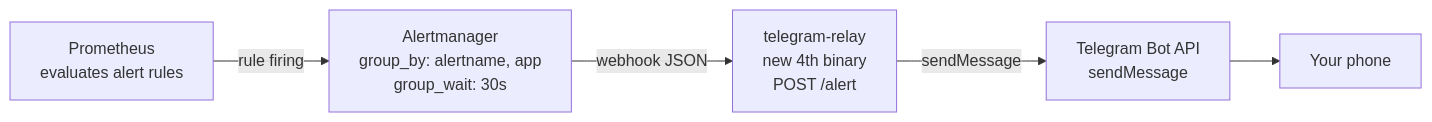
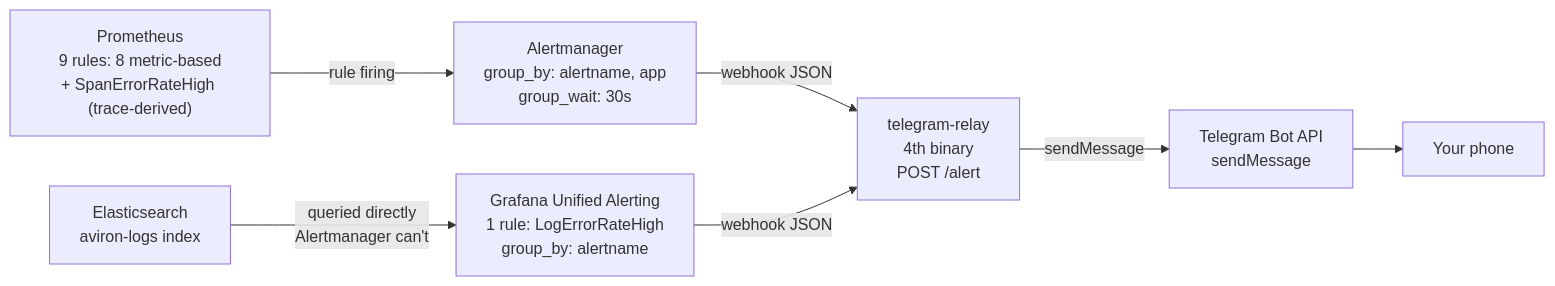
The eighth of 9 diagrams in docs/observation-architeture.md (akkien/aviron), drawn with Mermaid before and after one commit. The commit also changed other lines of this file and 4 other files, not shown here.

````diff
--- a/docs/observation-architeture.md
+++ b/docs/observation-architeture.md
@@ -271,13 +327,17 @@
 ```mermaid
 flowchart LR
-    PROM["Prometheus<br/>evaluates alert rules"]
+    PROM["Prometheus<br/>9 rules: 8 metric-based<br/>+ SpanErrorRateHigh (trace-derived)"]
     AM["Alertmanager<br/>group_by: alertname, app<br/>group_wait: 30s"]
-    TG["telegram-relay<br/>new 4th binary<br/>POST /alert"]
+    GA["Grafana Unified Alerting<br/>1 rule: LogErrorRateHigh<br/>group_by: alertname"]
+    ES["Elasticsearch<br/>aviron-logs index"]
+    TG["telegram-relay<br/>4th binary<br/>POST /alert"]
     API["Telegram Bot API<br/>sendMessage"]
     Phone["Your phone"]
 
     PROM -->|"rule firing"| AM
     AM -->|"webhook JSON"| TG
+    ES -->|"queried directly<br/>Alertmanager can't"| GA
+    GA -->|"webhook JSON"| TG
     TG -->|"sendMessage"| API
     API --> Phone
 ```
````
